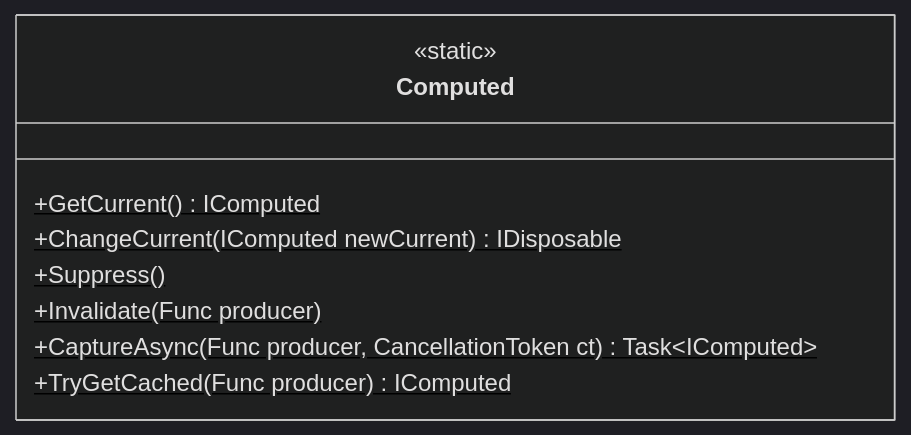
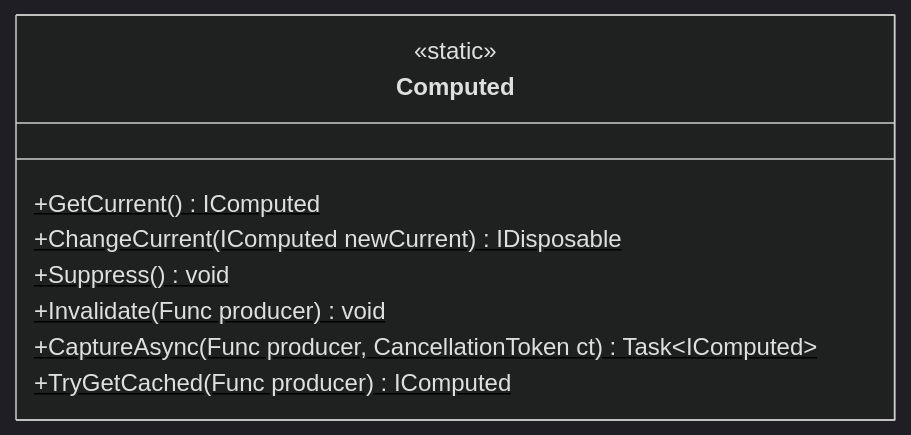
One commit to servicetitan/Stl.Fusion changed the diagram in docs/img-src/Computed-Static.mmd. Above: the diagram before and after it, drawn with Mermaid (dark theme). The commit also changed 2 other files, not shown here.

Commit message:
doc: Update diagrams

```diff
--- a/docs/img-src/Computed-Static.mmd
+++ b/docs/img-src/Computed-Static.mmd
@@ -1,10 +1,10 @@
 classDiagram
   class Computed {
     <<static>>
     +GetCurrent()$ IComputed
     +ChangeCurrent(IComputed newCurrent)$ IDisposable
-    +Suppress()$
-    +Invalidate(Func producer)$
+    +Suppress() void$
+    +Invalidate(Func producer) void$
     +CaptureAsync(Func producer, CancellationToken ct)$ Task~IComputed~
     +TryGetCached(Func producer)$ IComputed
   }
```
